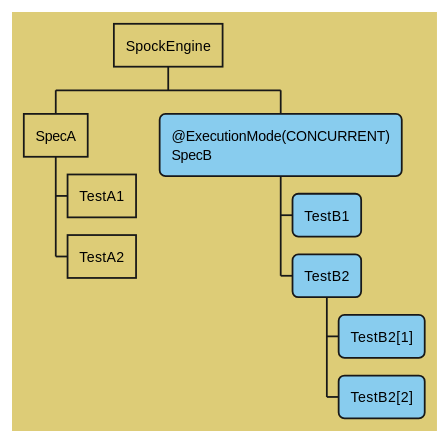
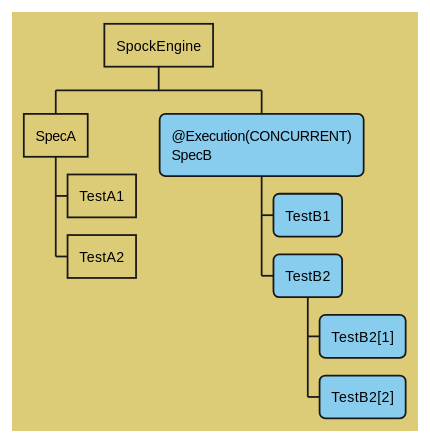
The seventh of 15 diagrams in docs/parallel_execution.adoc (spockframework/spock), drawn with PlantUML before and after one commit. The commit also changed other lines of this file and 1 other file, not shown here.

```diff
--- a/docs/parallel_execution.adoc
+++ b/docs/parallel_execution.adoc
@@ -330,24 +330,24 @@
 [plantuml,images/execution-hierarchy-inheritance-spec-execution,svg]
 ....
 @startwbs
 <style>
 wbsDiagram {
   BackgroundColor #DDCC77
   .concurrent * {
       BackgroundColor #88CCEE
       RoundCorner 10
   }
 }
 </style>
 skinparam shadowing false
 * SpockEngine
 ** SpecA
 *** TestA1
 *** TestA2
-** @ExecutionMode(CONCURRENT)\nSpecB  <<concurrent>>
+** @Execution(CONCURRENT)\nSpecB  <<concurrent>>
 *** TestB1
 *** TestB2
 **** TestB2[1]
 **** TestB2[2]
 @endwbs
 ....
```
